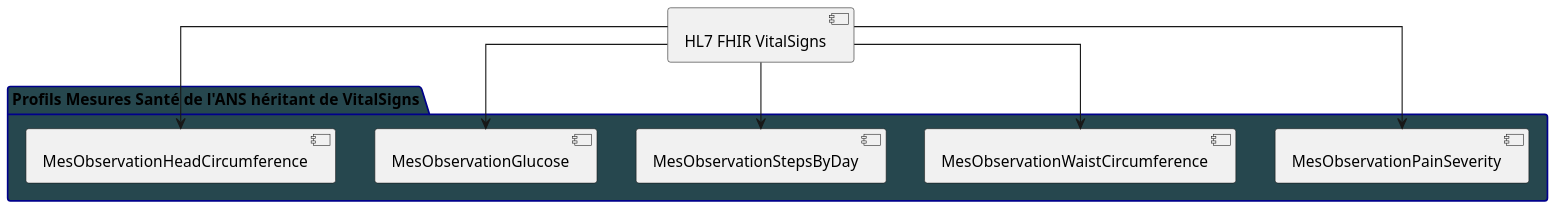
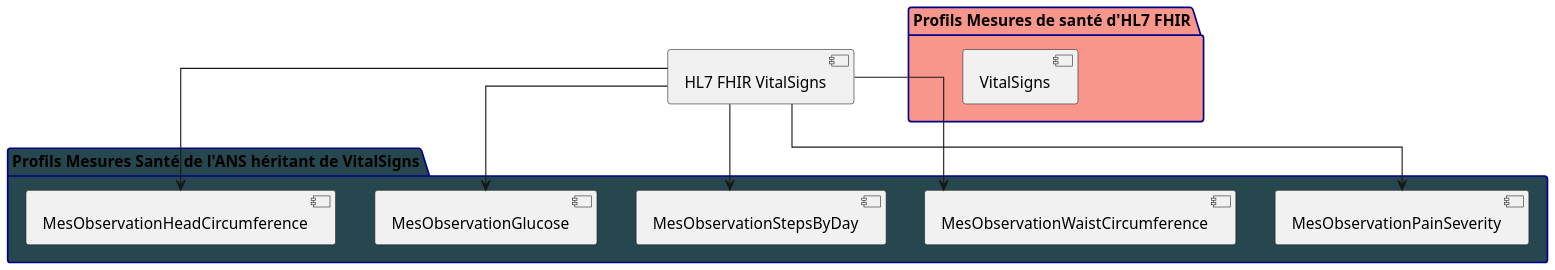
The diagram in input/images-source/vs-overview-2.plantuml (ansforge/IG-fhir-mesures-de-sante), drawn with PlantUML before and after one commit. The commit also changed 1 other file, not shown here.

```diff
--- a/input/images-source/vs-overview-2.plantuml
+++ b/input/images-source/vs-overview-2.plantuml
@@ -1,26 +1,29 @@
 @startuml
 
 skinparam linetype ortho
 skinparam dpi 150
 skinparam boxPadding 10
 skinparam shadowing false
 skinparam packageBackgroundColor LightBlue
 skinparam packageBorderColor DarkBlue
 
-[HL7 FHIR VitalSigns] 
+package "Profils Mesures de santé d'HL7 FHIR" as HL7 #F9968B {
+    [VitalSigns]
+}
+
 
 package "Profils Mesures Santé de l'ANS héritant de VitalSigns" as PMSB #26474E {
     [MesObservationPainSeverity]
     [MesObservationWaistCircumference]
     [MesObservationStepsByDay]
     [MesObservationGlucose]
     [MesObservationHeadCircumference]
 }
 
 [HL7 FHIR VitalSigns] --> [MesObservationPainSeverity]
 [HL7 FHIR VitalSigns] --> [MesObservationWaistCircumference]
 [HL7 FHIR VitalSigns] --> [MesObservationStepsByDay]
 [HL7 FHIR VitalSigns] --> [MesObservationGlucose]
 [HL7 FHIR VitalSigns] --> [MesObservationHeadCircumference]
 
 @enduml
```
